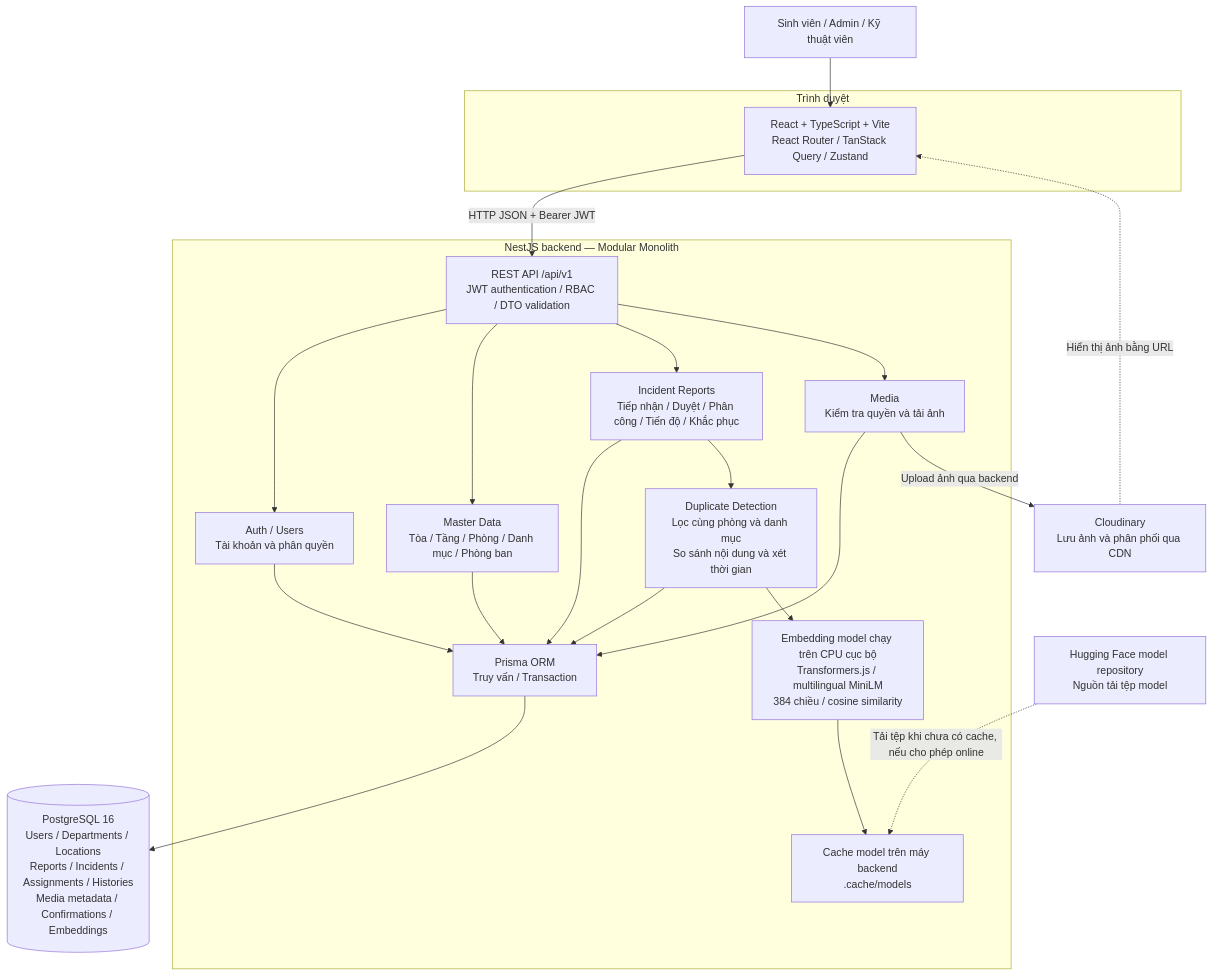
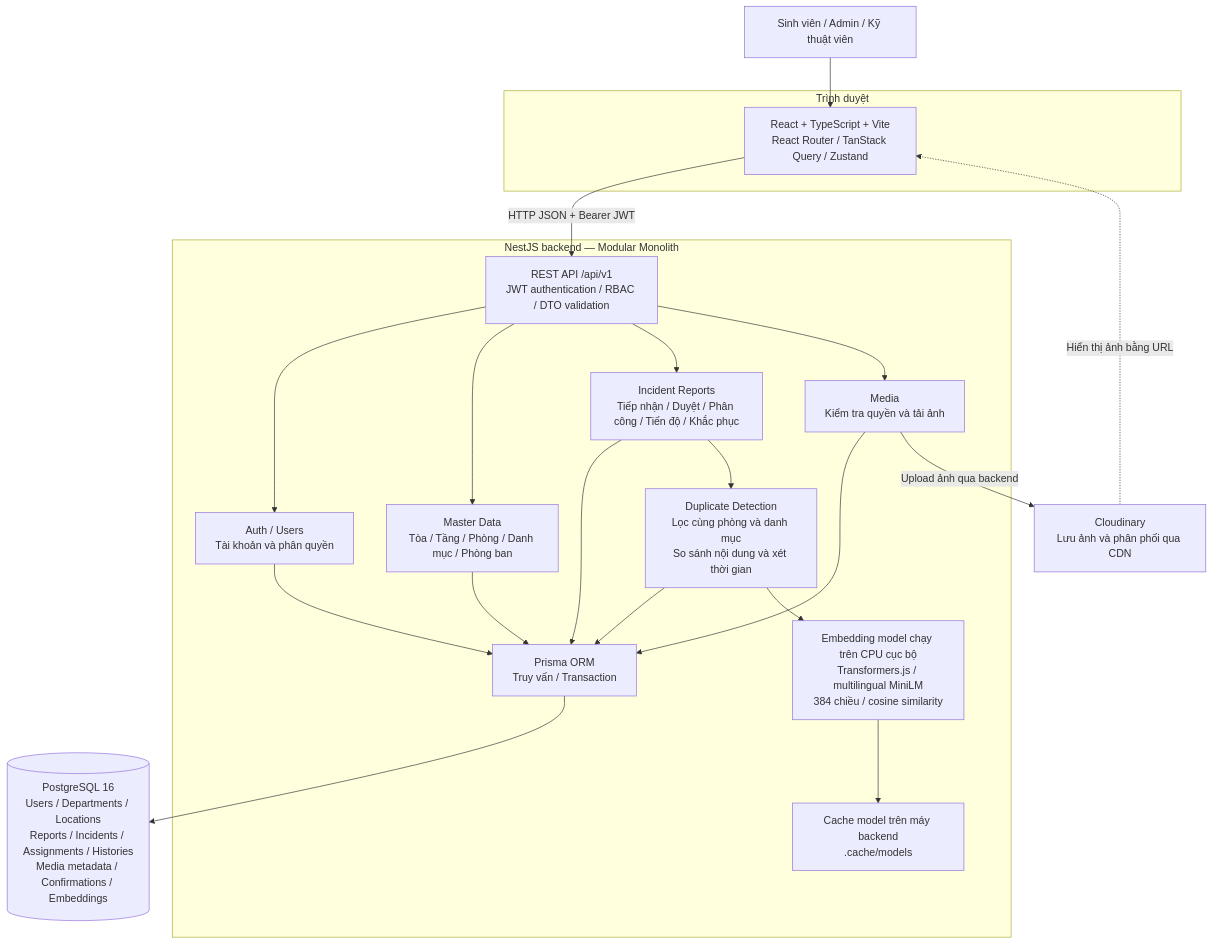
The first of 2 diagrams in README.md (phamhuy273/UIT-FIXED), drawn with Mermaid before and after one commit. The commit also changed other lines of this file, not shown here.

Commit message:
docs(readme): simplify architecture diagram

````diff
--- a/README.md
+++ b/README.md
@@ -5,44 +5,42 @@
 ```mermaid
 flowchart TB
     People["Sinh viên / Admin / Kỹ thuật viên"]
 
     subgraph Browser["Trình duyệt"]
         Web["React + TypeScript + Vite<br/>React Router / TanStack Query / Zustand"]
     end
 
     subgraph Backend["NestJS backend — Modular Monolith"]
         API["REST API /api/v1<br/>JWT authentication / RBAC / DTO validation"]
         Accounts["Auth / Users<br/>Tài khoản và phân quyền"]
         Master["Master Data<br/>Tòa / Tầng / Phòng / Danh mục / Phòng ban"]
         Reports["Incident Reports<br/>Tiếp nhận / Duyệt / Phân công / Tiến độ / Khắc phục"]
         Media["Media<br/>Kiểm tra quyền và tải ảnh"]
         Duplicates["Duplicate Detection<br/>Lọc cùng phòng và danh mục<br/>So sánh nội dung và xét thời gian"]
         Model["Embedding model chạy trên CPU cục bộ<br/>Transformers.js / multilingual MiniLM<br/>384 chiều / cosine similarity"]
         Cache["Cache model trên máy backend<br/>.cache/models"]
         Prisma["Prisma ORM<br/>Truy vấn / Transaction"]
 
         API --> Accounts
         API --> Master
         API --> Reports
         API --> Media
         Accounts --> Prisma
         Master --> Prisma
         Reports --> Prisma
         Media --> Prisma
         Reports --> Duplicates
         Duplicates --> Prisma
         Duplicates --> Model
         Model --> Cache
     end
 
     DB[("PostgreSQL 16<br/>Users / Departments / Locations<br/>Reports / Incidents / Assignments / Histories<br/>Media metadata / Confirmations / Embeddings")]
     Cloudinary["Cloudinary<br/>Lưu ảnh và phân phối qua CDN"]
-    Hub["Hugging Face model repository<br/>Nguồn tải tệp model"]
 
     People --> Web
     Web -->|"HTTP JSON + Bearer JWT"| API
     Prisma --> DB
     Media -->|"Upload ảnh qua backend"| Cloudinary
     Cloudinary -.->|"Hiển thị ảnh bằng URL"| Web
-    Hub -.->|"Tải tệp khi chưa có cache, nếu cho phép online"| Cache
 ```
````
